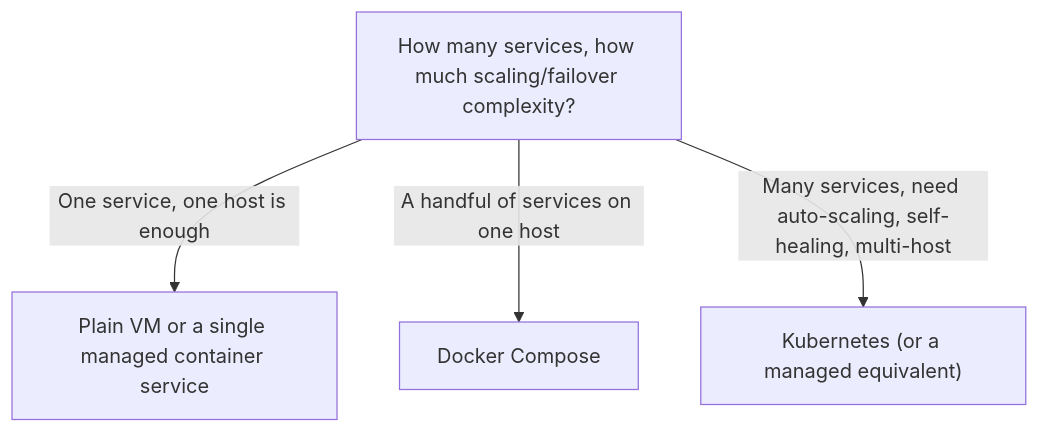
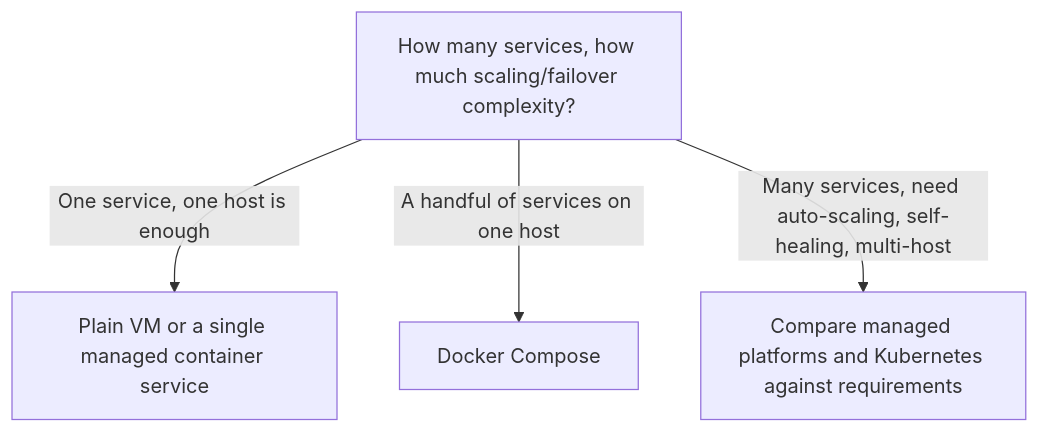
One commit to Prem-Duvvapu/cs-fundamentals-with-ui changed the first of 3 diagrams in content/devops/05-cloud-native-operations.md. Above: the diagram before and after it, drawn with Mermaid. The commit also changed other lines of this file and 51 other files, not shown here.

````diff
--- a/content/devops/05-cloud-native-operations.md
+++ b/content/devops/05-cloud-native-operations.md
@@ -33,6 +33,6 @@
 ```mermaid
 flowchart TD
     A["How many services, how much scaling/failover complexity?"] -->|"One service, one host is enough"| B["Plain VM or a single managed container service"]
     A -->|"A handful of services on one host"| C["Docker Compose"]
-    A -->|"Many services, need auto-scaling, self-healing, multi-host"| D["Kubernetes (or a managed equivalent)"]
+    A -->|"Many services, need auto-scaling, self-healing, multi-host"| D["Compare managed platforms and Kubernetes against requirements"]
 ```
````
